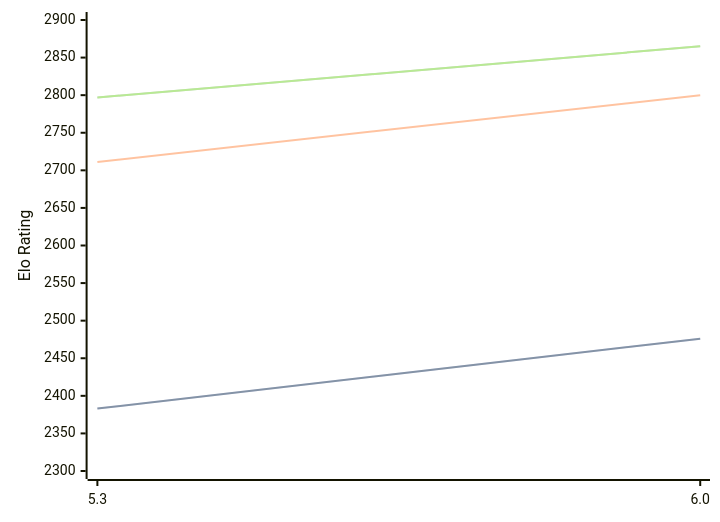
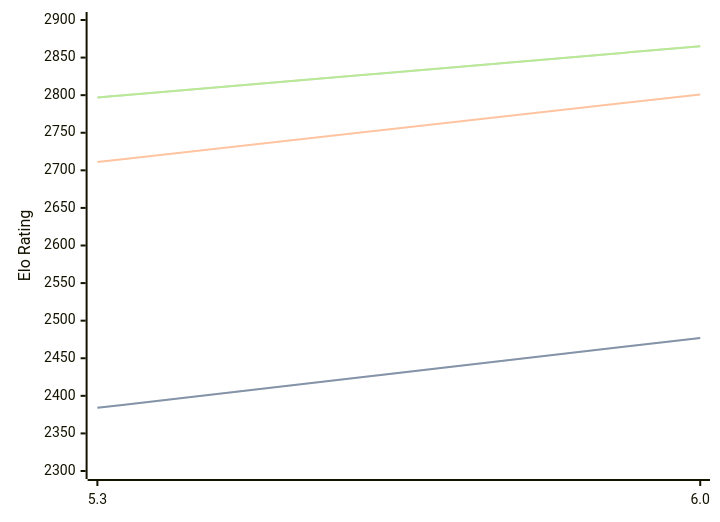
Before and after one commit to computer-chess-index/cci: the diagram in engines/tomitankChess.md, drawn with Mermaid. The commit also changed other lines of this file, not shown here.

````diff
--- a/engines/tomitankChess.md
+++ b/engines/tomitankChess.md
@@ -40,11 +40,11 @@
 ```mermaid
 %%{init: {"theme":"base","themeVariables":{"seriesColors:['#a3a3a3','#222221','#faa371']}}}%%
 xychart-beta
   x-axis ["5.3", "6.0"]
   y-axis "Elo Rating" 2300 --> 2900
-  line "STC (8.0+0.08s)" [2383, 2476]
-  line "STC (8.0+0.08s)" [2383, 2476]
-  line "LTC (60.0+0.60s)" [2711, 2800]
+  line "STC (8.0+0.08s)" [2384, 2477]
+  line "STC (8.0+0.08s)" [2384, 2477]
+  line "LTC (60.0+0.60s)" [2711, 2801]
   line "VLTC (2m24s+1.12s)" [2797, 2865]
   line "VLTC (2m24s+1.12s)" [2797, 2865]
 ```
````
